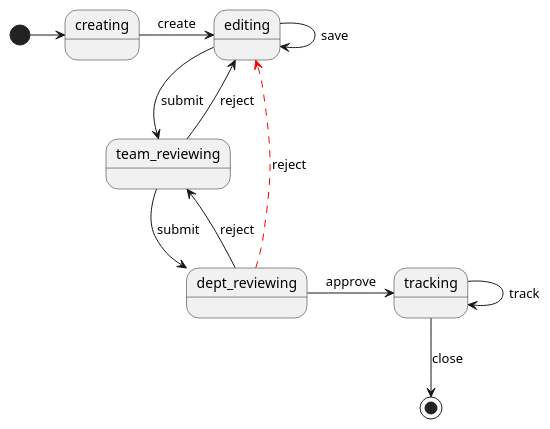
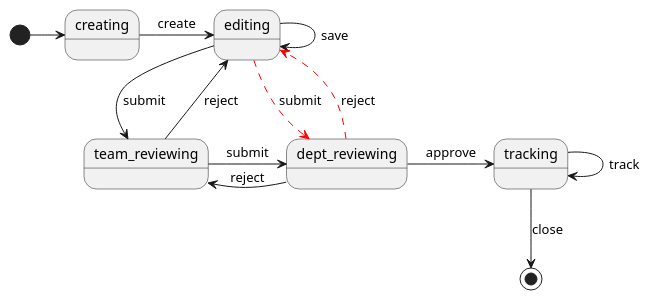
The diagram in manteau-flow/docs/flow2.puml (caochun/manteau), drawn with PlantUML before and after one commit. The commit also changed 3 other files, not shown here.

```diff
--- a/manteau-flow/docs/flow2.puml
+++ b/manteau-flow/docs/flow2.puml
@@ -1,20 +1,21 @@
 @startuml
 
 [*] -right-> creating
 
 creating -right-> editing : create
 
 editing --> editing : save
-editing --> team_reviewing : submit
-team_reviewing --> dept_reviewing : submit
+editing -right-> team_reviewing : submit
+team_reviewing -right-> dept_reviewing : submit
 
 dept_reviewing -right-> tracking : approve
 
-team_reviewing --> editing : reject
+team_reviewing -up-> editing : reject
 dept_reviewing -right-> team_reviewing : reject
 dept_reviewing -[#red,dashed]-> editing : reject
+editing -[#red,dashed]-> dept_reviewing : submit
 
 tracking -down-> tracking : track
 tracking --> [*] : close
 
 @enduml
```
